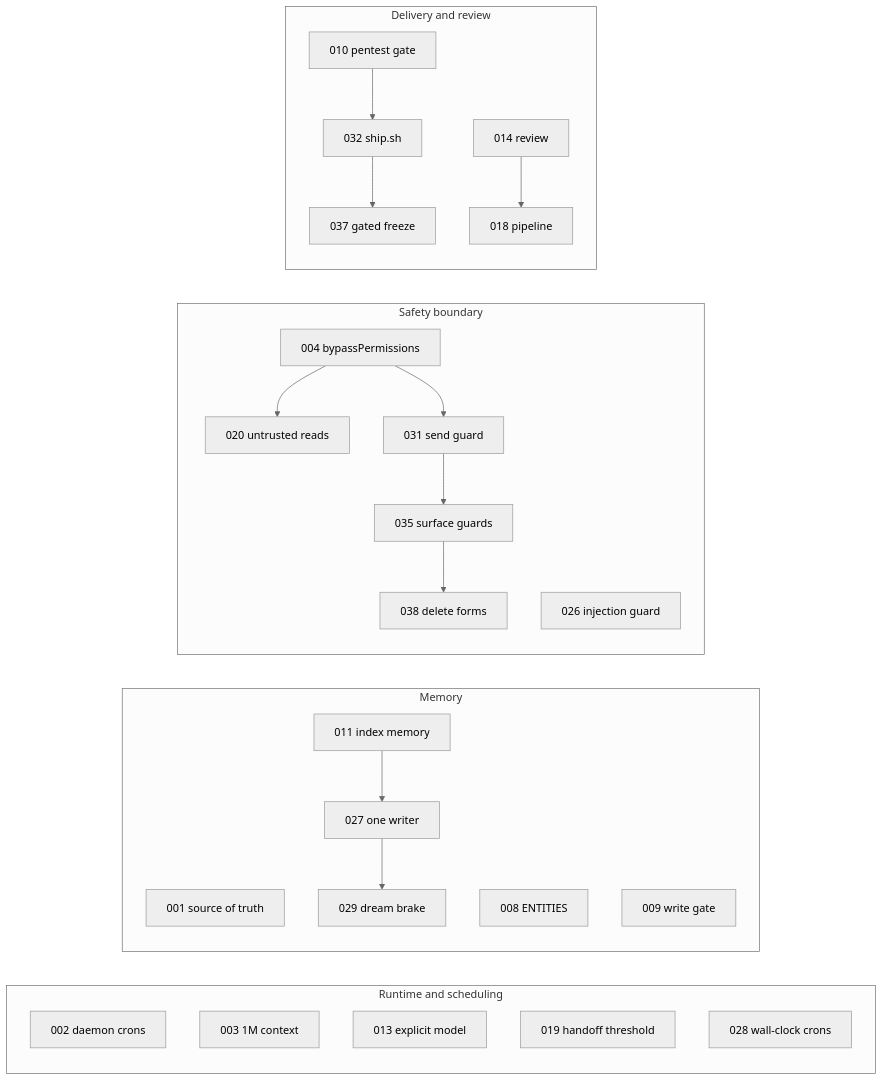
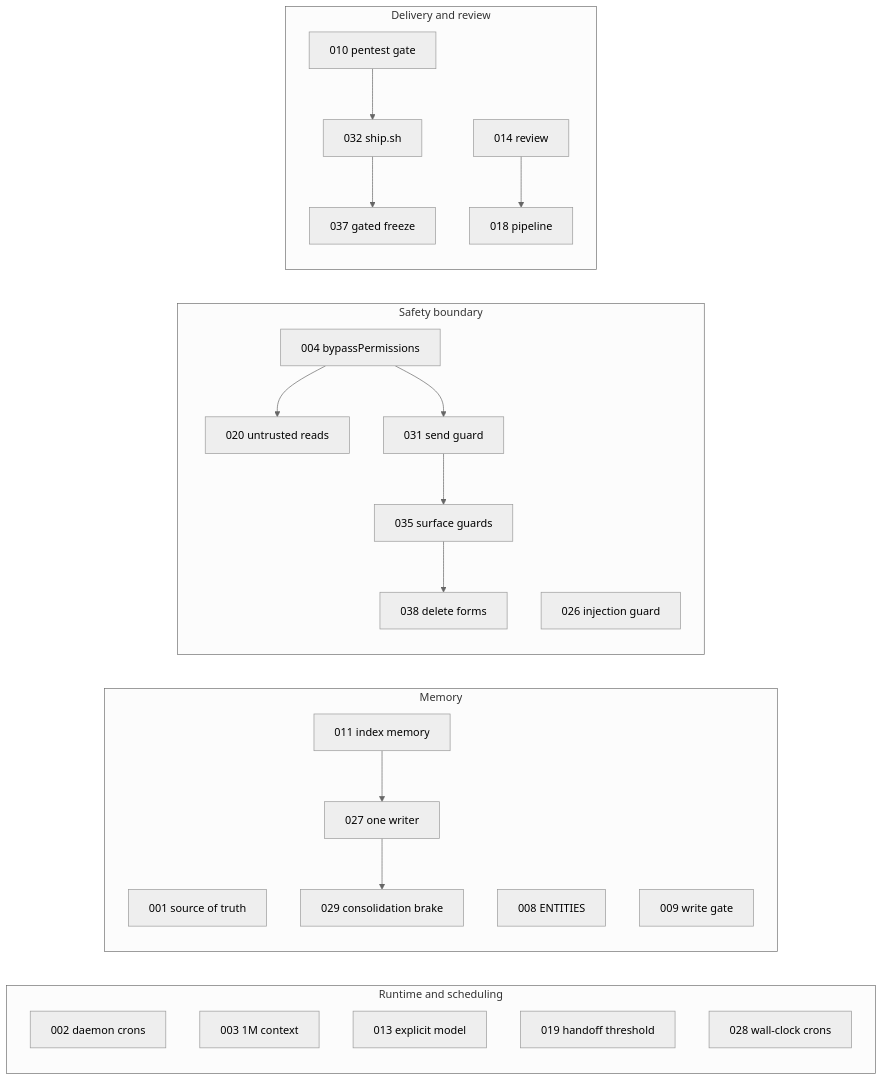
One commit to nicoreincarnate-oss/ogl-cortex changed the diagram in docs/20-architecture-decision-records.md. Above: the diagram before and after it, drawn with Mermaid (neutral theme). The commit also changed other lines of this file and 88 other files, not shown here.

First line of the commit message:
Rename to OGL Cortex, memory architecture doc, harness tools, path consistency

````diff
--- a/docs/20-architecture-decision-records.md
+++ b/docs/20-architecture-decision-records.md
@@ -72,42 +72,42 @@
 ```mermaid
 flowchart LR
   subgraph Runtime["Runtime and scheduling"]
     A002["002 daemon crons"]
     A003["003 1M context"]
     A013["013 explicit model"]
     A019["019 handoff threshold"]
     A028["028 wall-clock crons"]
   end
   subgraph Memory["Memory"]
     A001["001 source of truth"]
     A008["008 ENTITIES"]
     A009["009 write gate"]
     A011["011 index memory"]
     A027["027 one writer"]
-    A029["029 dream brake"]
+    A029["029 consolidation brake"]
   end
   subgraph Safety["Safety boundary"]
     A004["004 bypassPermissions"]
     A020["020 untrusted reads"]
     A026["026 injection guard"]
     A031["031 send guard"]
     A035["035 surface guards"]
     A038["038 delete forms"]
   end
   subgraph Delivery["Delivery and review"]
     A010["010 pentest gate"]
     A014["014 review"]
     A018["018 pipeline"]
     A032["032 ship.sh"]
     A037["037 gated freeze"]
   end
   A004 --> A020
   A004 --> A031
   A031 --> A035
   A035 --> A038
   A010 --> A032
   A032 --> A037
   A014 --> A018
   A011 --> A027
   A027 --> A029
 ```
````
